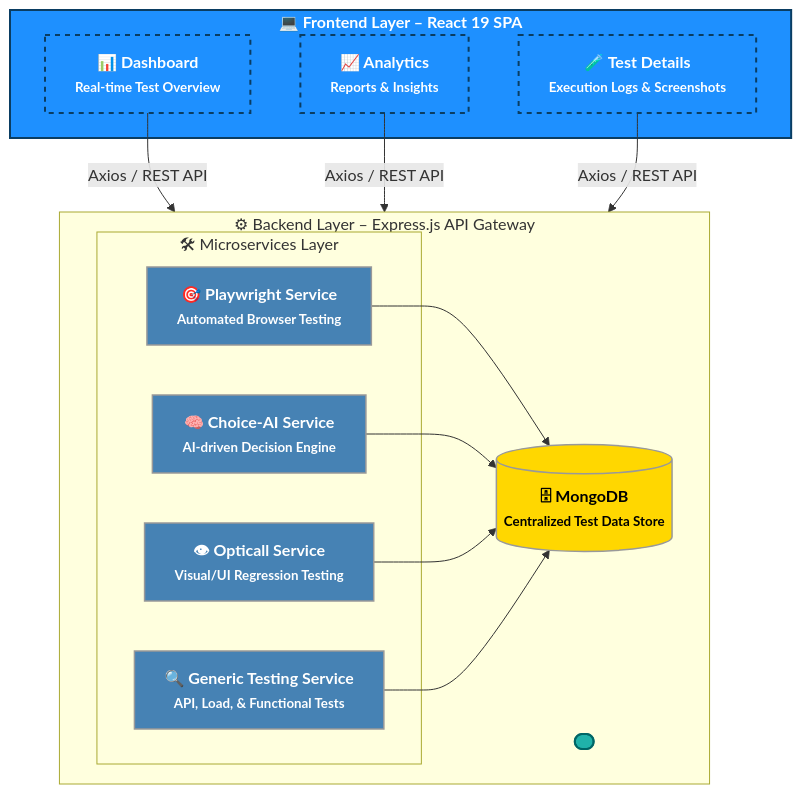
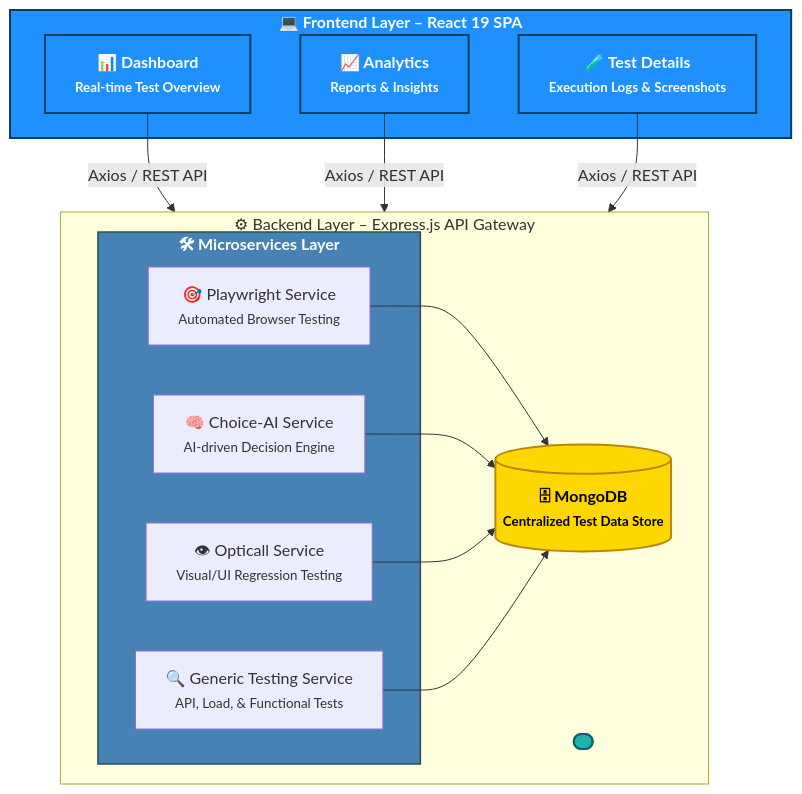
Before and after one commit to Aayushhh07/PSI-QA: the diagram in README.md, drawn with Mermaid.

````diff
--- a/README.md
+++ b/README.md
@@ -139,57 +139,47 @@
 ```mermaid
 flowchart TD
-    %% =========================
-    %% TITLE & STYLE
-    %% =========================
+    %% Styling
     classDef frontend fill:#1E90FF,stroke:#0a3d62,stroke-width:2px,color:#fff,font-weight:bold
     classDef backend fill:#20B2AA,stroke:#006666,stroke-width:2px,color:#fff,font-weight:bold
+    classDef microservices fill:#4682B4,stroke:#2F4F4F,stroke-width:1.5px,color:#fff,font-weight:bold
     classDef database fill:#FFD700,stroke:#b8860b,stroke-width:2px,color:#000,font-weight:bold
-    classDef service fill:#4682B4,stroke:#2F4F4F,stroke-width:1.5px,color:#fff,font-weight:bold
     classDef apiLink stroke-dasharray:5 5
-    classDef connector stroke:#999,stroke-width:1.5px
 
-    %% =========================
-    %% FRONTEND SECTION
-    %% =========================
+    %% FRONTEND
     subgraph FE[💻 Frontend Layer – React 19 SPA]
         D[📊 Dashboard<br><small>Real-time Test Overview</small>]
         A[📈 Analytics<br><small>Reports & Insights</small>]
         T[🧪 Test Details<br><small>Execution Logs & Screenshots</small>]
     end
     class FE,D,A,T frontend
 
-    %% =========================
-    %% BACKEND SECTION
-    %% =========================
+    %% BACKEND
     subgraph BE[⚙ Backend Layer – Express.js API Gateway]
-      spacer1([" "]):::backend
-        subgraph Services[🛠 Microservices Layer]
+        spacer1([" "]):::backend
+        %% MICRO SERVICES
+        subgraph MS[🛠 Microservices Layer]
             P[🎯 Playwright Service<br><small>Automated Browser Testing</small>]
             C[🧠 Choice-AI Service<br><small>AI-driven Decision Engine</small>]
             O[👁 Opticall Service<br><small>Visual/UI Regression Testing</small>]
             G[🔍 Generic Testing Service<br><small>API, Load, & Functional Tests</small>]
         end
         DB[(🗄 MongoDB<br><small>Centralized Test Data Store</small>)]
     end
     class BE backend
-    class P,C,O,G service
+    class MS microservices
     class DB database
 
-    %% =========================
     %% CONNECTIONS
-    %% =========================
     D -- "Axios / REST API" --> BE
     A -- "Axios / REST API" --> BE
     T -- "Axios / REST API" --> BE
-    class D,A,T apiLink
 
-    %% Backend to Database Links
     P --> DB
     C --> DB
     O --> DB
     G --> DB
-    class P,C,O,G,DB connector
+
 
 
 
 ```
````
